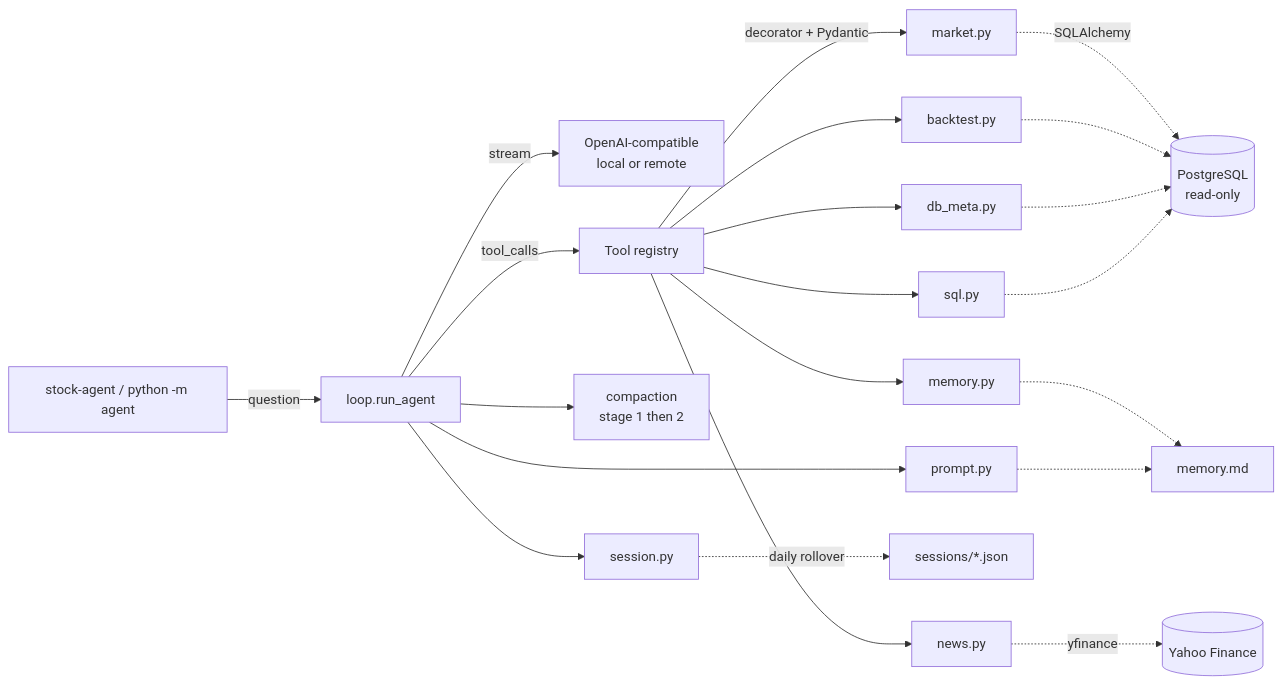
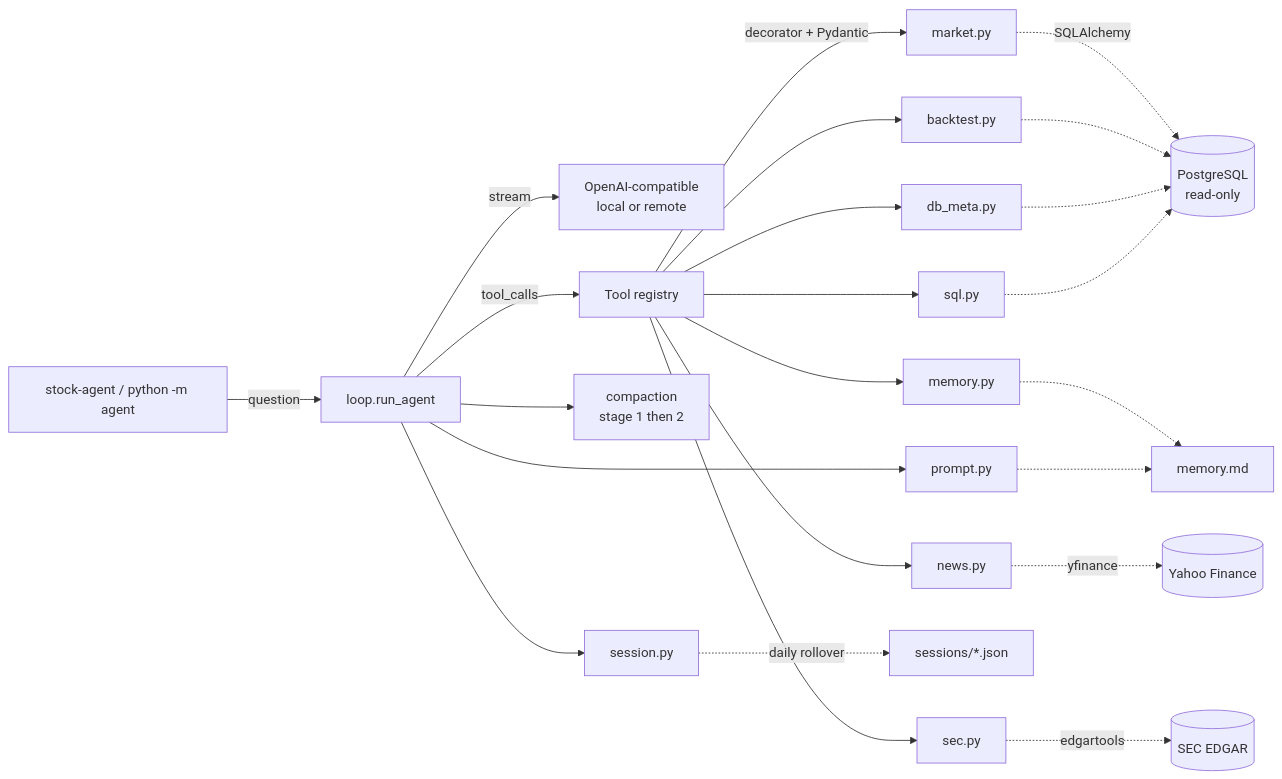
The diagram in README.md (nsuderman/Stock-Agent), drawn with Mermaid before and after one commit. The commit also changed other lines of this file and 8 other files, not shown here.

First line of the commit message:
feat(tools): add SEC EDGAR filings + insider transactions

````diff
--- a/README.md
+++ b/README.md
@@ -49,23 +49,25 @@
 ```mermaid
 flowchart LR
     CLI[stock-agent / python -m agent] -->|question| Loop[loop.run_agent]
     Loop -->|stream| LLM[OpenAI-compatible<br/>local or remote]
     Loop -->|tool_calls| Tools[Tool registry]
     Tools -->|decorator + Pydantic| Market[market.py]
     Tools --> Backtest[backtest.py]
     Tools --> DBMeta[db_meta.py]
     Tools --> Memory[memory.py]
     Tools --> Sql[sql.py]
     Tools --> News[news.py]
+    Tools --> Sec[sec.py]
     Market -.->|SQLAlchemy| DB[(PostgreSQL<br/>read-only)]
     Backtest -.-> DB
     DBMeta -.-> DB
     Sql -.-> DB
     News -.->|yfinance| Yahoo[(Yahoo Finance)]
+    Sec -.->|edgartools| Edgar[(SEC EDGAR)]
     Loop --> Compact[compaction<br/>stage 1 then 2]
     Loop --> Session[session.py]
     Session -.->|daily rollover| Fs[sessions/*.json]
     Memory -.-> Md[memory.md]
     Loop --> Prompt[prompt.py]
     Prompt -.-> Md
 ```
````
